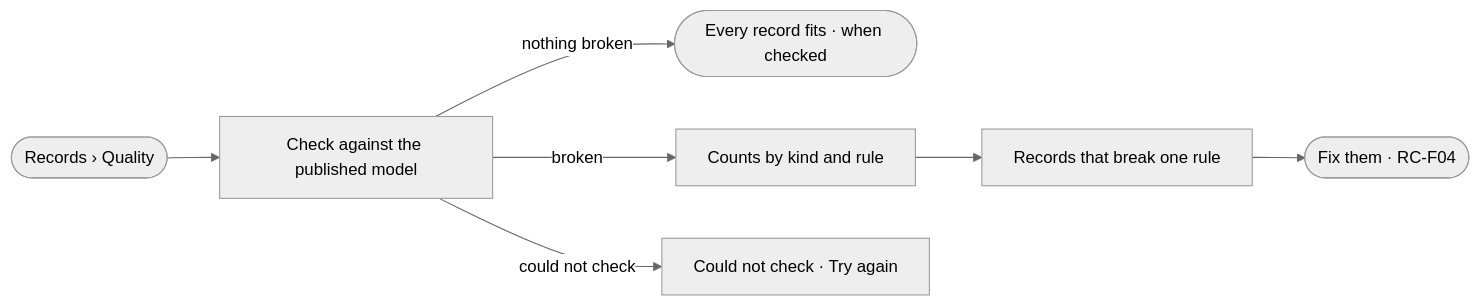
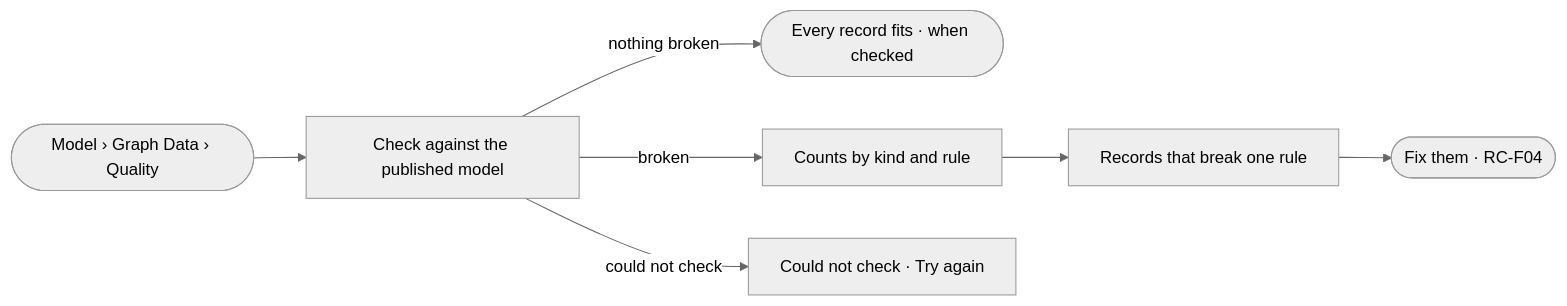
The diagram in specs/capabilities/records/features/RC-F03-quality-against-the-model/stories/RC-02-see-the-records-that-break-the-model/story.md (invana/invana), drawn with Mermaid (neutral theme) before and after one commit. The commit also changed 133 other files, not shown here.

````diff
--- a/specs/capabilities/records/features/RC-F03-quality-against-the-model/stories/RC-02-see-the-records-that-break-the-model/story.md
+++ b/specs/capabilities/records/features/RC-F03-quality-against-the-model/stories/RC-02-see-the-records-that-break-the-model/story.md
@@ -27,8 +27,8 @@
 ```mermaid
 flowchart LR
-  a([Records › Quality]) --> c[Check against the published model]
+  a([Model › Graph Data › Quality]) --> c[Check against the published model]
   c -->|nothing broken| ok([Every record fits · when checked])
   c -->|broken| s[Counts by kind and rule] --> r[Records that break one rule]
   r --> fx([Fix them · RC-F04])
   c -->|could not check| f[Could not check · Try again]
 ```
````
